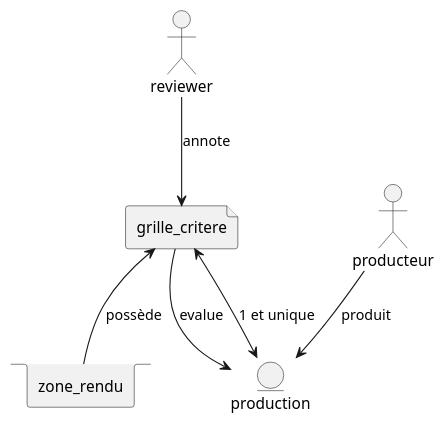
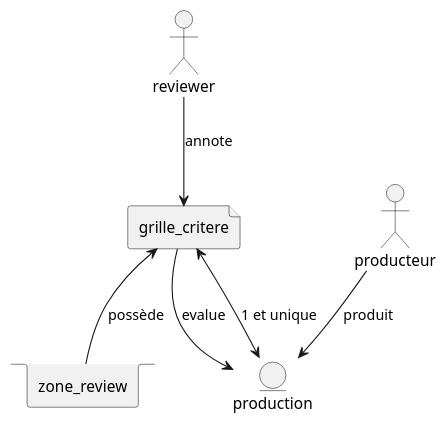
The diagram in uml/effectuer_une_review.puml (Jayque17/Peer-Evaluation), drawn with PlantUML before and after one commit. The commit also changed 1 other file, not shown here.

Commit message:
more uml

```diff
--- a/uml/effectuer_une_review.puml
+++ b/uml/effectuer_une_review.puml
@@ -1,17 +1,17 @@
 @startuml
 
 actor reviewer
 actor producteur
 
-stack zone_rendu
+stack zone_review
 file grille_critere
 entity production
 
 producteur --> production : produit
 reviewer --> grille_critere : annote
 grille_critere --> production : evalue
 grille_critere <--> production : 1 et unique
-grille_critere <-- zone_rendu : possède
+grille_critere <-- zone_review : possède
 
 
 @enduml
```
